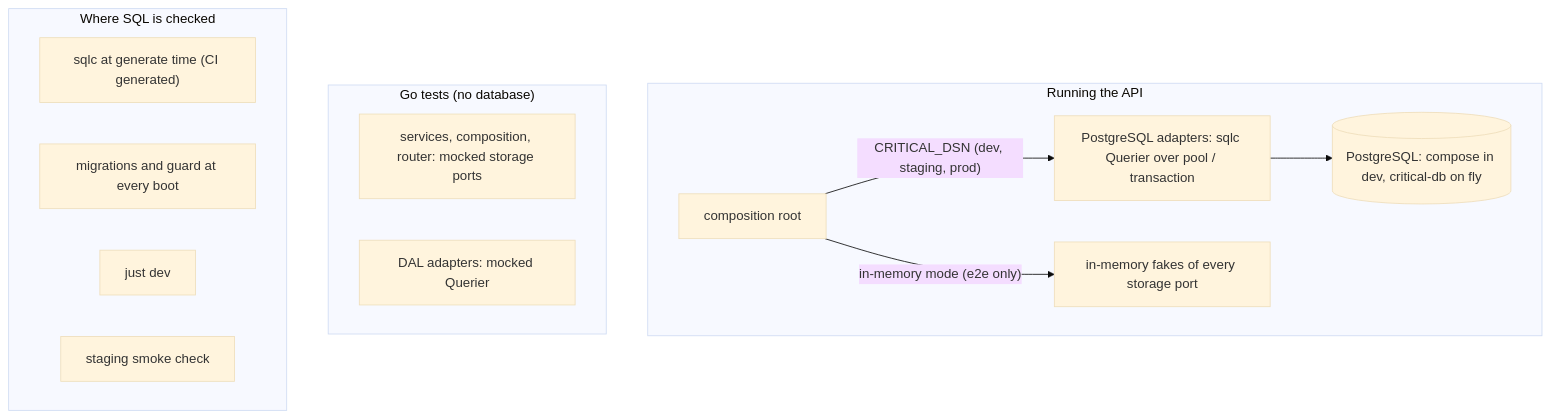
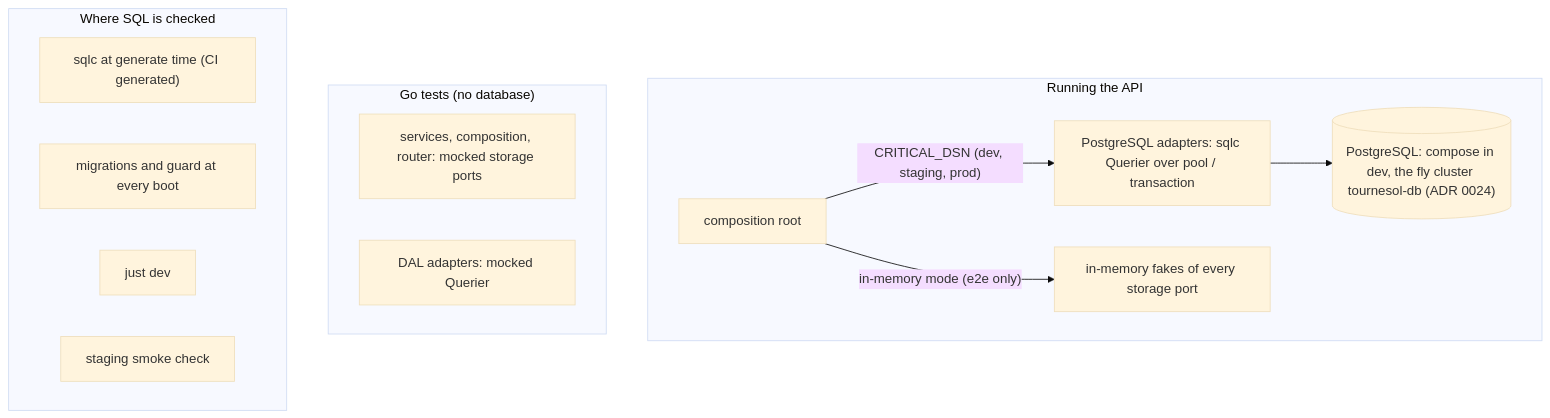
Before and after one commit to ceffo/critical: the diagram in docs/adr/0025-postgresql-storage.md, drawn with Mermaid (base theme). The commit also changed 10 other files, not shown here.

First line of the commit message:
feat(deploy): shared fly Postgres (tournesol-db) for staging and prod; volume-less fly config (critical-8g1.15) (#221)

````diff
--- a/docs/adr/0025-postgresql-storage.md
+++ b/docs/adr/0025-postgresql-storage.md
@@ -36,19 +36,19 @@
 ```mermaid
 flowchart TD
     subgraph run["Running the API"]
         CR["composition root"]
         CR -->|"CRITICAL_DSN (dev, staging, prod)"| PG["PostgreSQL adapters: sqlc Querier over pool / transaction"]
         CR -->|"in-memory mode (e2e only)"| MEM["in-memory fakes of every storage port"]
-        PG --> DB[("PostgreSQL: compose in dev, critical-db on fly")]
+        PG --> DB[("PostgreSQL: compose in dev, the fly cluster tournesol-db (ADR 0024)")]
     end
     subgraph tests["Go tests (no database)"]
         SVC["services, composition, router: mocked storage ports"]
         ADP["DAL adapters: mocked Querier"]
     end
     subgraph sqlcheck["Where SQL is checked"]
         GEN["sqlc at generate time (CI generated)"]
         BOOT["migrations and guard at every boot"]
         DEV["just dev"]
         SMOKE["staging smoke check"]
     end
 ```
````
